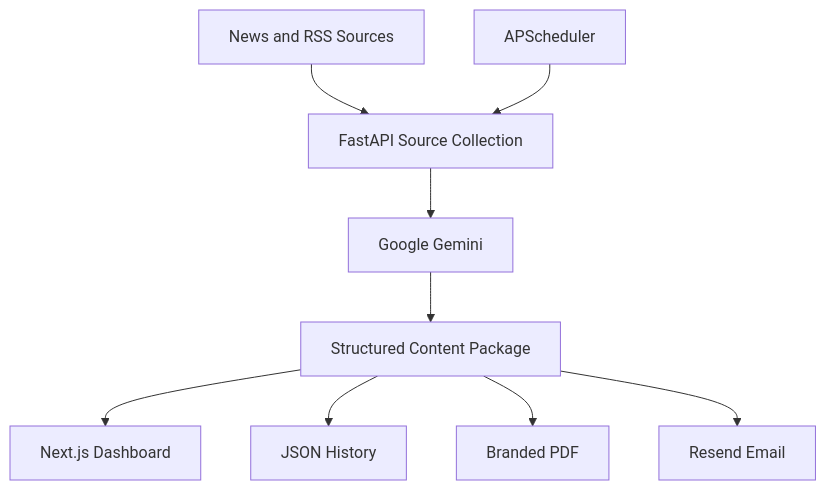
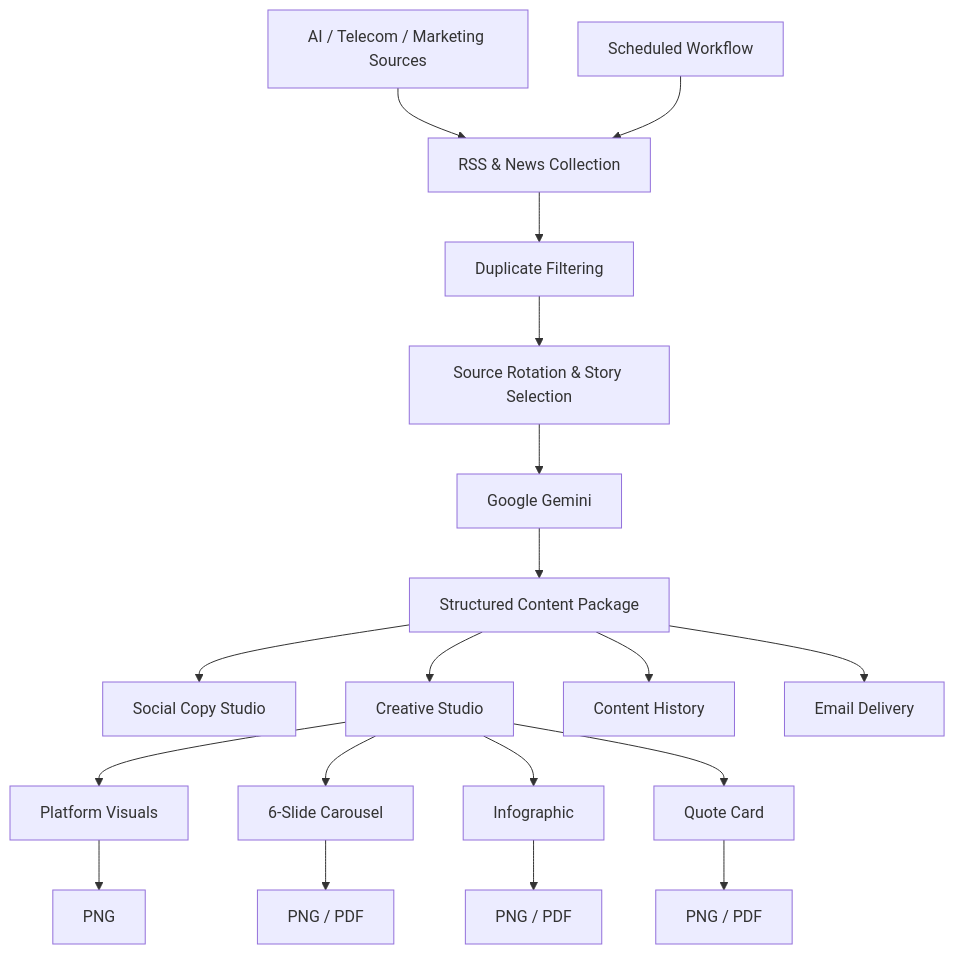
Before and after one commit to yogeshsinghrf-alt/AI-Content-OS: the diagram in README.md, drawn with Mermaid. The commit also changed other lines of this file and 65 other files, not shown here.

Commit message:
Polish AI Content OS dashboard and creative studio

````diff
--- a/README.md
+++ b/README.md
@@ -30,11 +105,21 @@
 ```mermaid
 flowchart TD
-    A[News and RSS Sources] --> B[FastAPI Source Collection]
-    B --> C[Google Gemini]
-    C --> D[Structured Content Package]
-    D --> E[Next.js Dashboard]
-    D --> F[JSON History]
-    D --> G[Branded PDF]
-    D --> H[Resend Email]
-    I[APScheduler] --> B
+    A[AI / Telecom / Marketing Sources] --> B[RSS & News Collection]
+    B --> C[Duplicate Filtering]
+    C --> D[Source Rotation & Story Selection]
+    D --> E[Google Gemini]
+    E --> F[Structured Content Package]
+    F --> G[Social Copy Studio]
+    F --> H[Creative Studio]
+    F --> I[Content History]
+    H --> J[Platform Visuals]
+    H --> K[6-Slide Carousel]
+    H --> L[Infographic]
+    H --> M[Quote Card]
+    J --> N[PNG]
+    K --> O[PNG / PDF]
+    L --> P[PNG / PDF]
+    M --> Q[PNG / PDF]
+    F --> R[Email Delivery]
+    S[Scheduled Workflow] --> B
 ```
````
